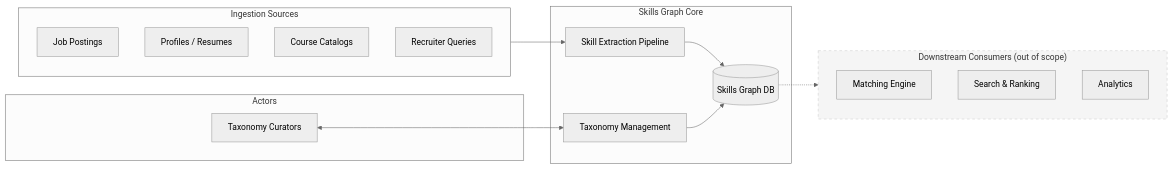
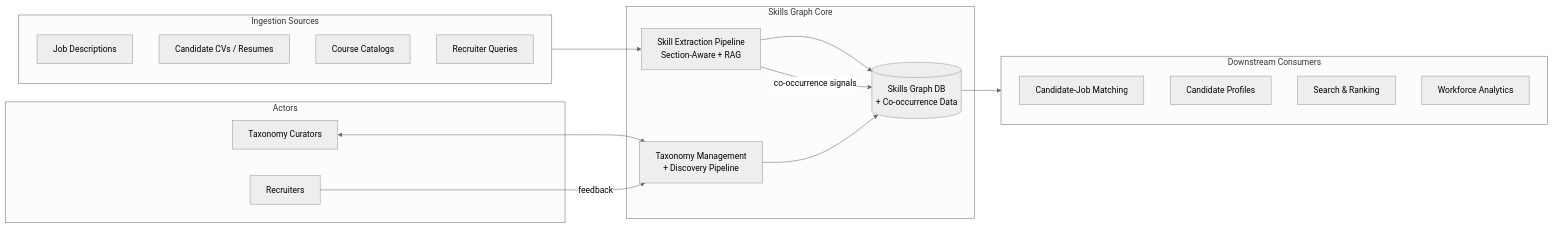
One commit to duwscan/skills-graph changed the first of 6 diagrams in ARCHITECTURE.md. Above: the diagram before and after it, drawn with Mermaid (neutral theme). The commit also changed other lines of this file and 9 other files, not shown here.

First line of the commit message:
Update architecture and phase docs with LLM-First approach gaps

````diff
--- a/ARCHITECTURE.md
+++ b/ARCHITECTURE.md
@@ -68,33 +88,35 @@
 ```mermaid
 graph LR
     subgraph Sources["Ingestion Sources"]
-        JP[Job Postings]
-        PR[Profiles / Resumes]
+        JP[Job Descriptions]
+        CV[Candidate CVs / Resumes]
         CC[Course Catalogs]
         RQ[Recruiter Queries]
     end
 
     subgraph Core["Skills Graph Core"]
-        EP[Skill Extraction Pipeline]
-        SG[(Skills Graph DB)]
-        TM[Taxonomy Management]
+        EP[Skill Extraction Pipeline<br/>Section-Aware + RAG]
+        SG[(Skills Graph DB<br/>+ Co-occurrence Data)]
+        TM[Taxonomy Management<br/>+ Discovery Pipeline]
     end
 
     subgraph Actors
         CU[Taxonomy Curators]
+        RC[Recruiters]
     end
 
-    subgraph Downstream["Downstream Consumers (out of scope)"]
-        MT[Matching Engine]
+    subgraph Downstream["Downstream Consumers"]
+        MT[Candidate-Job Matching]
+        CP[Candidate Profiles]
         SR[Search & Ranking]
-        AN[Analytics]
+        AN[Workforce Analytics]
     end
 
     Sources --> EP
     EP --> SG
+    EP -->|co-occurrence signals| SG
     CU <--> TM
+    RC -->|feedback| TM
     TM --> SG
-    SG -.-> Downstream
-
-    style Downstream fill:#f5f5f5,stroke:#ccc,stroke-dasharray: 5 5
+    SG --> Downstream
 ```
````
